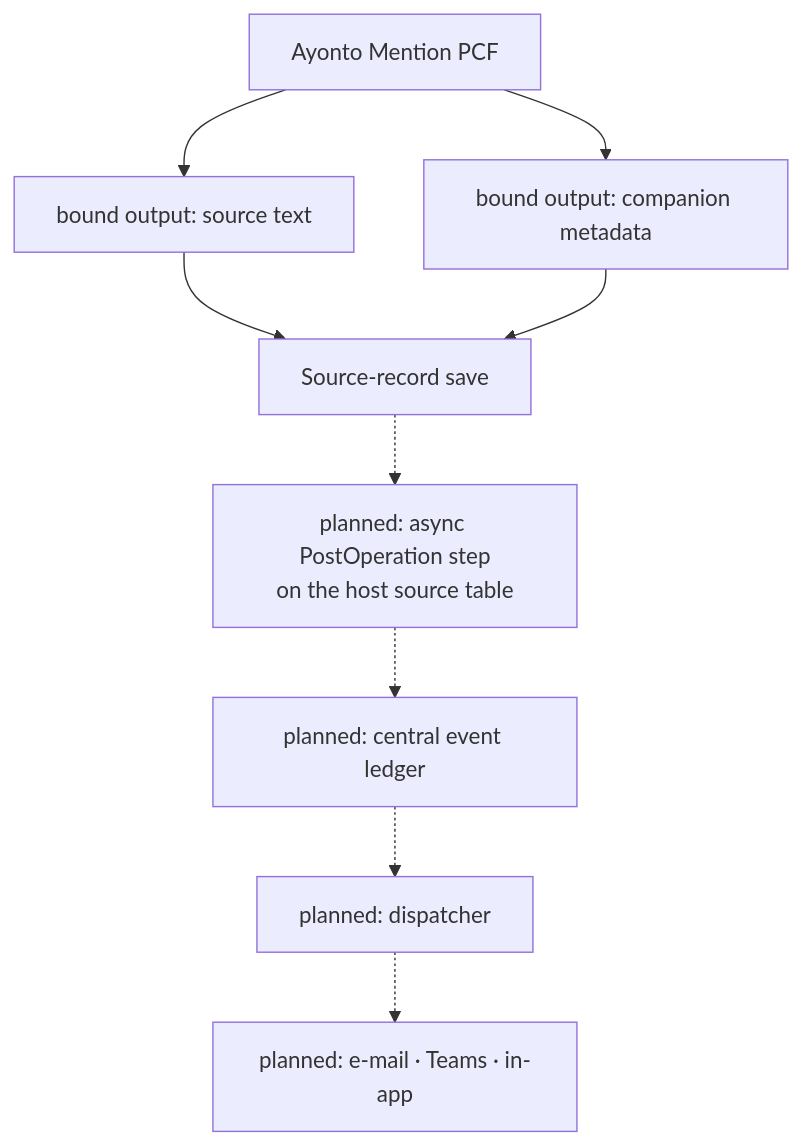
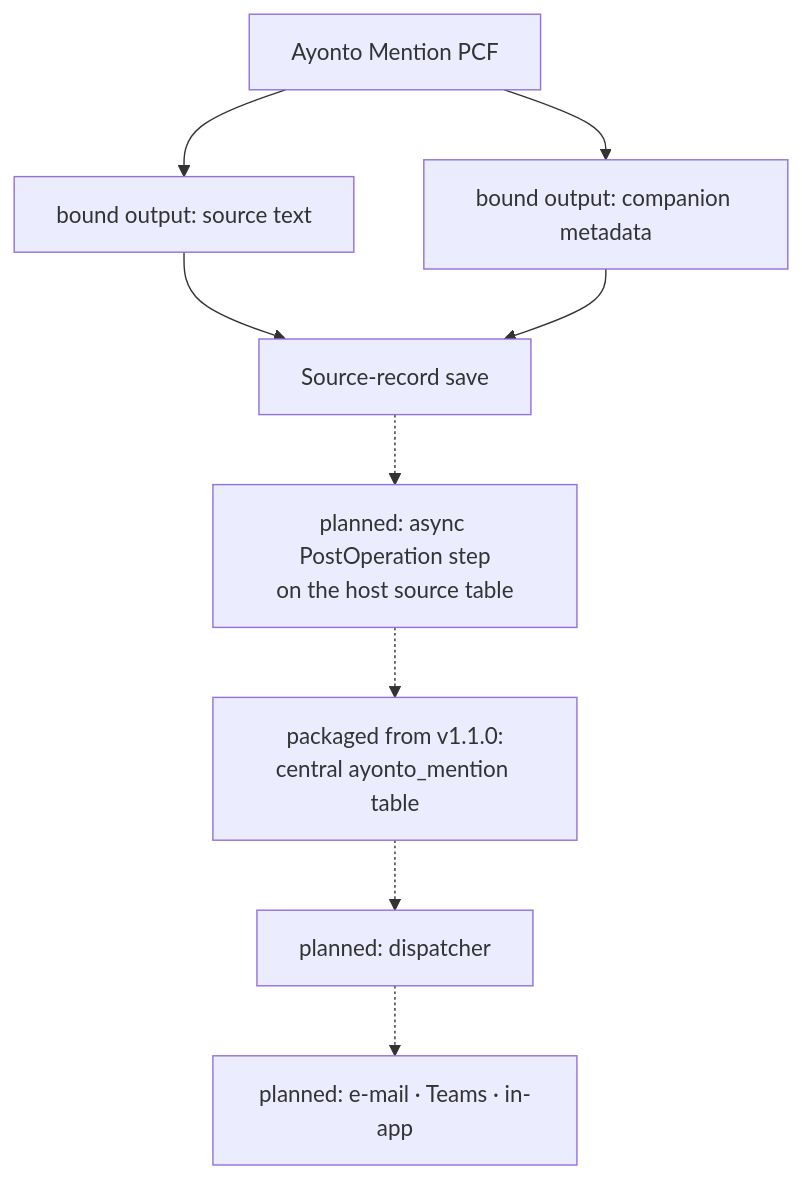
One commit to Ayonto-Digital-Solutions/ayonto-mention changed the diagram in docs/server-architecture.md. Above: the diagram before and after it, drawn with Mermaid. The commit also changed other lines of this file and 23 other files, not shown here.

````diff
--- a/docs/server-architecture.md
+++ b/docs/server-architecture.md
@@ -17,11 +22,11 @@
 ```mermaid
 flowchart TD
     pcf["Ayonto Mention PCF"] --> text["bound output: source text"]
     pcf --> meta["bound output: companion metadata"]
     text --> save["Source-record save"]
     meta --> save
     save -.-> step["planned: async PostOperation step<br/>on the host source table"]
-    step -.-> ledger["planned: central event ledger"]
+    step -.-> ledger["packaged from v1.1.0:<br/>central ayonto_mention table"]
     ledger -.-> dispatcher["planned: dispatcher"]
     dispatcher -.-> channels["planned: e-mail · Teams · in-app"]
 ```
````
